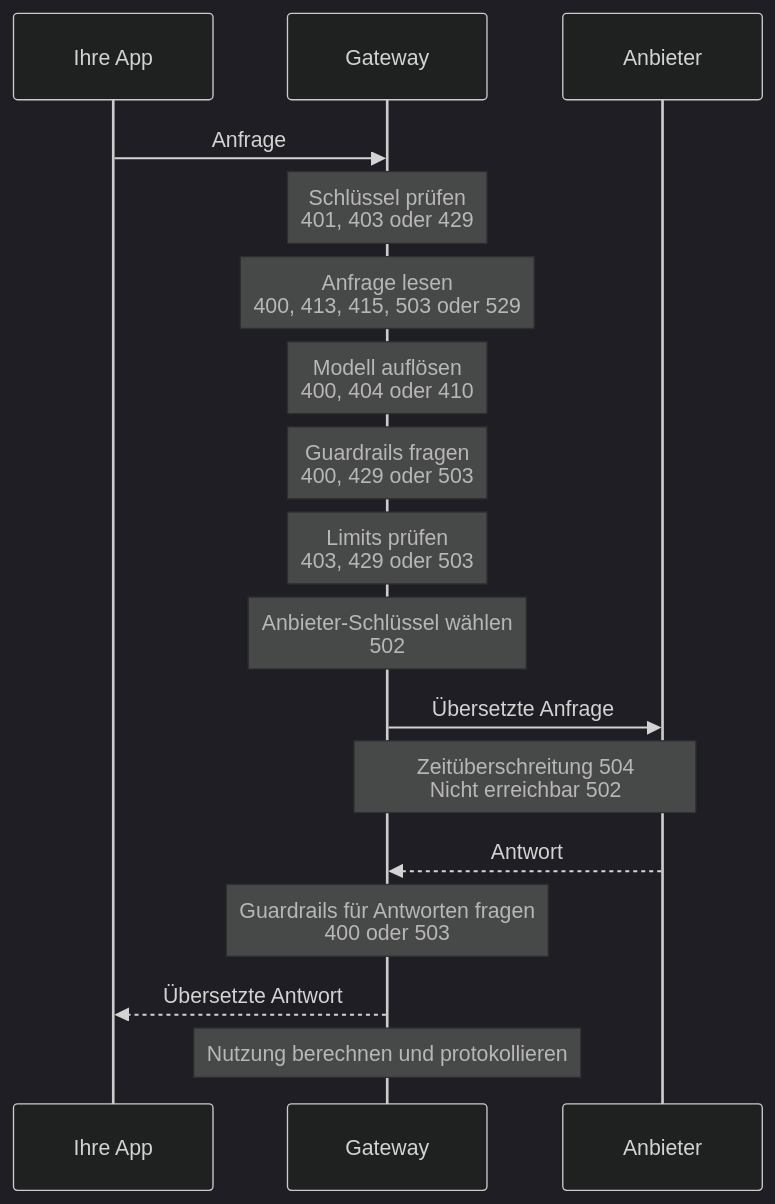
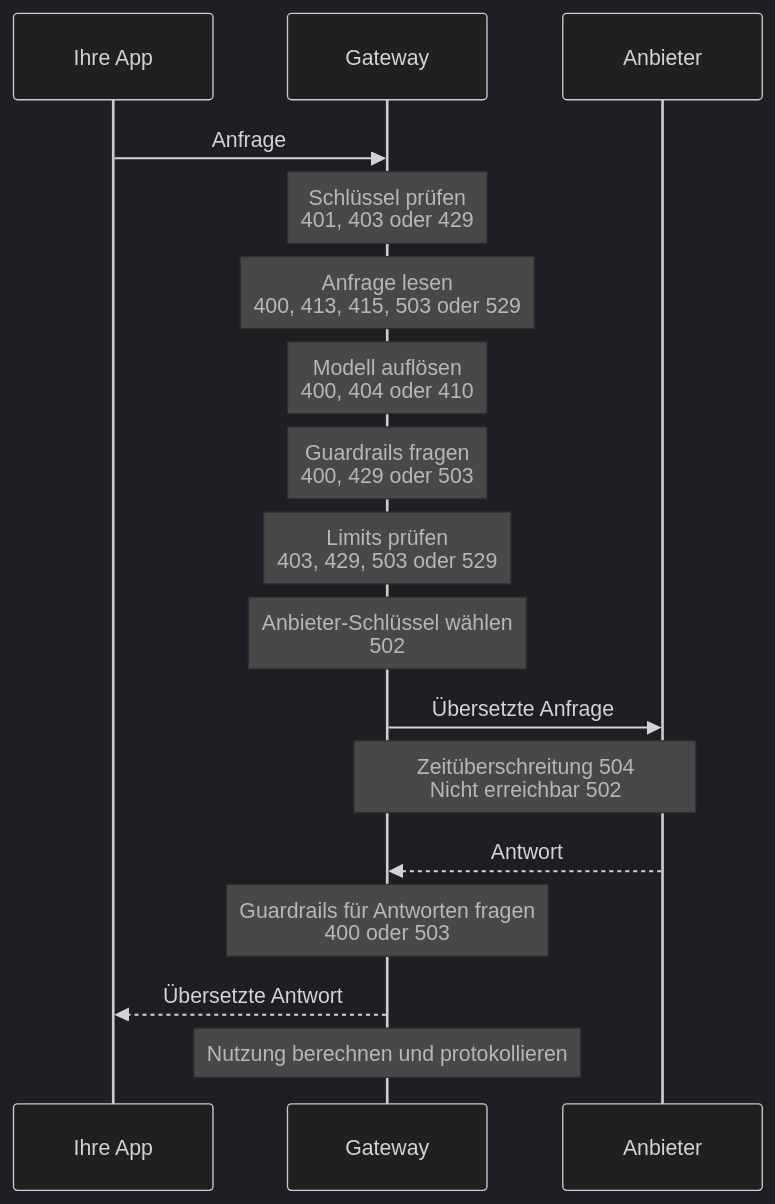
Before and after one commit to logicplanes/kaeso: the diagram in apps/docs/content/de/concepts/request-flow.md, drawn with Mermaid (dark theme). The commit also changed other lines of this file and 20 other files, not shown here.

````diff
--- a/apps/docs/content/de/concepts/request-flow.md
+++ b/apps/docs/content/de/concepts/request-flow.md
@@ -9,21 +9,21 @@
 ```mermaid
 sequenceDiagram
   accTitle: Ablauf einer Anfrage
   accDescr: Die App sendet eine Anfrage an das Gateway. Das Gateway prüft den Schlüssel, liest die Anfrage, löst das Modell auf, fragt die Guardrails des Projekts, prüft die Limits und wählt den Anbieter-Schlüssel; jede Prüfung kann die Anfrage mit den gezeigten Status ablehnen. Es sendet die übersetzte Anfrage an den Anbieter, fragt die Guardrails, die Antworten prüfen, gibt die übersetzte Antwort an die App zurück und berechnet dann die Nutzung und protokolliert die Anfrage.
   participant App as Ihre App
   participant Gateway
   participant Provider as Anbieter
   App->>Gateway: Anfrage
   Note over Gateway: Schlüssel prüfen<br>401, 403 oder 429
   Note over Gateway: Anfrage lesen<br>400, 413, 415, 503 oder 529
   Note over Gateway: Modell auflösen<br>400, 404 oder 410
   Note over Gateway: Guardrails fragen<br>400, 429 oder 503
-  Note over Gateway: Limits prüfen<br>403, 429 oder 503
+  Note over Gateway: Limits prüfen<br>403, 429, 503 oder 529
   Note over Gateway: Anbieter-Schlüssel wählen<br>502
   Gateway->>Provider: Übersetzte Anfrage
   Note over Gateway,Provider: Zeitüberschreitung 504<br>Nicht erreichbar 502
   Provider-->>Gateway: Antwort
   Note over Gateway: Guardrails für Antworten fragen<br>400 oder 503
   Gateway-->>App: Übersetzte Antwort
   Note over Gateway: Nutzung berechnen und protokollieren
 ```
````
